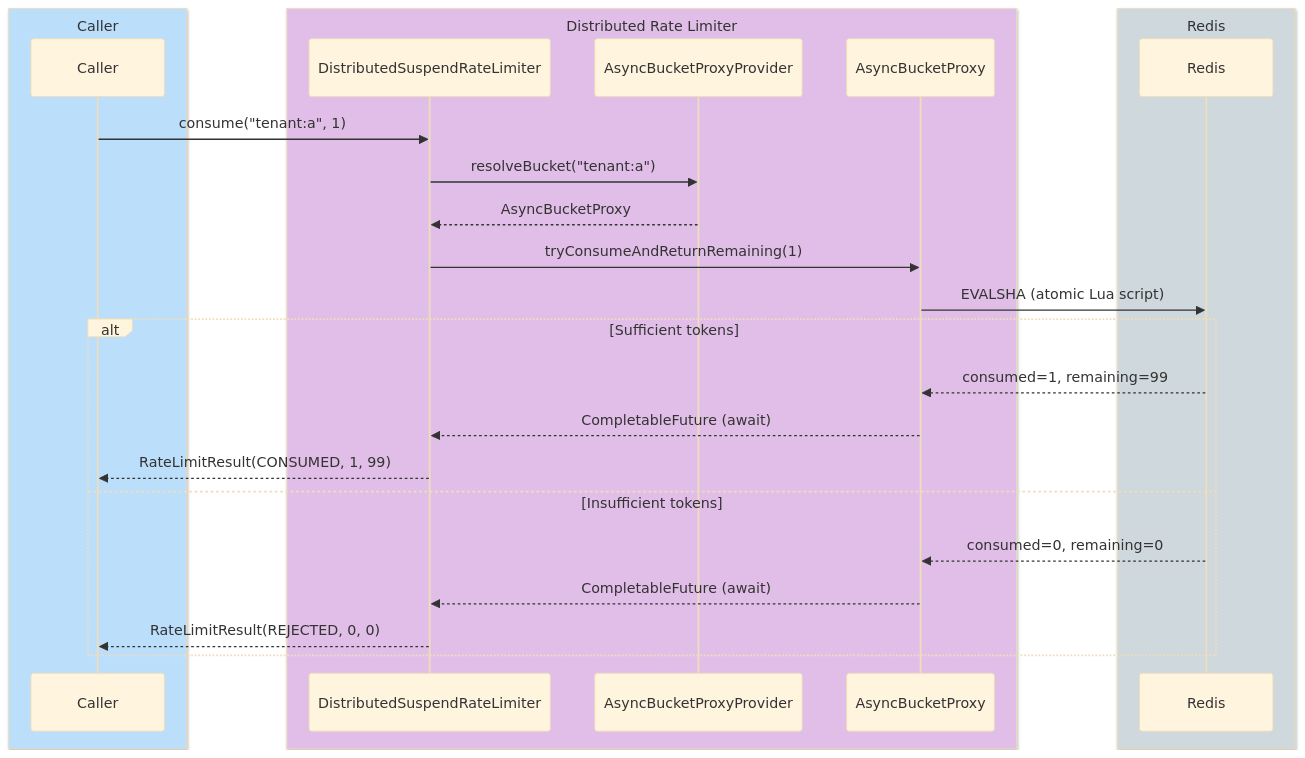
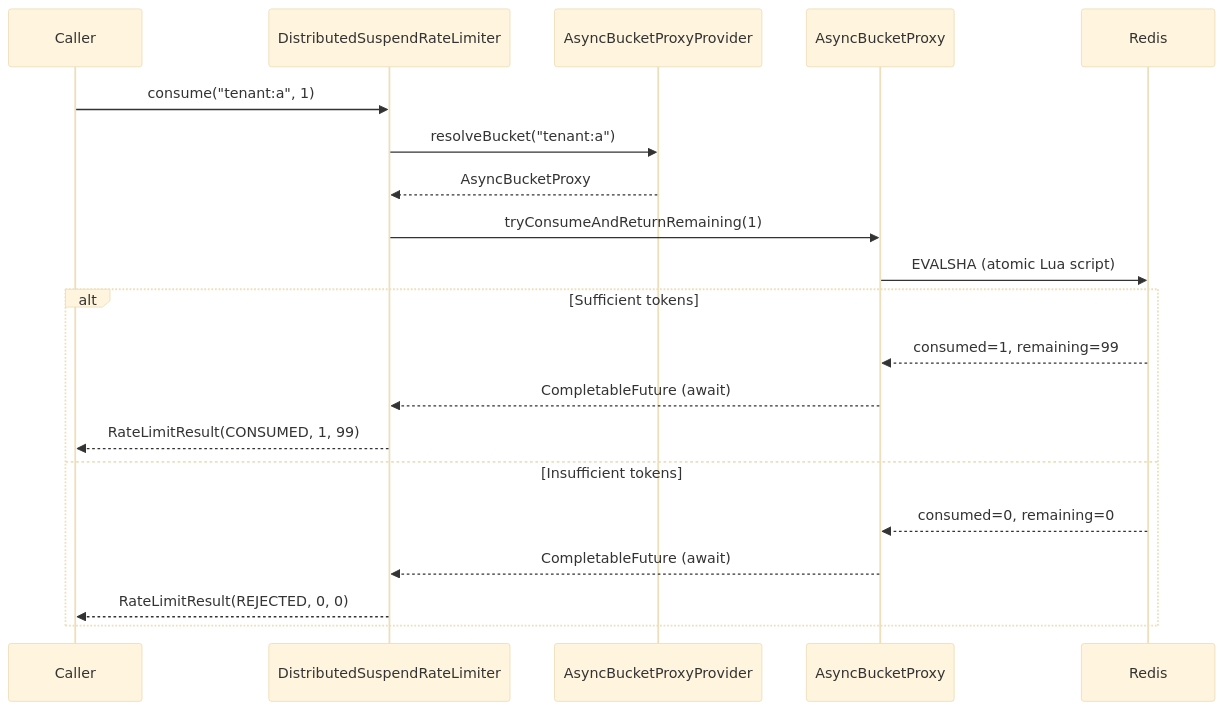
The third of 3 diagrams in infra/bucket4j/README.md (bluetape4k/bluetape4k-projects), drawn with Mermaid (base theme) before and after one commit. The commit also changed other lines of this file and 219 other files, not shown here.

First line of the commit message:
docs: 전체 README Mermaid 다이어그램 가이드 적용

````diff
--- a/infra/bucket4j/README.md
+++ b/infra/bucket4j/README.md
@@ -178,29 +174,23 @@
 ```mermaid
 sequenceDiagram
-    box rgb(187,222,251) Caller
     participant Caller
-    end
-    box rgb(225,190,231) Distributed Rate Limiter
     participant DistributedSuspendRateLimiter
     participant AsyncBucketProxyProvider
     participant AsyncBucketProxy
-    end
-    box rgb(207,216,220) Redis
     participant Redis
-    end
     Caller ->> DistributedSuspendRateLimiter: consume("tenant:a", 1)
     DistributedSuspendRateLimiter ->> AsyncBucketProxyProvider: resolveBucket("tenant:a")
     AsyncBucketProxyProvider -->> DistributedSuspendRateLimiter: AsyncBucketProxy
     DistributedSuspendRateLimiter ->> AsyncBucketProxy: tryConsumeAndReturnRemaining(1)
     AsyncBucketProxy ->> Redis: EVALSHA (atomic Lua script)
 
     alt Sufficient tokens
         Redis -->> AsyncBucketProxy: consumed=1, remaining=99
         AsyncBucketProxy -->> DistributedSuspendRateLimiter: CompletableFuture (await)
         DistributedSuspendRateLimiter -->> Caller: RateLimitResult(CONSUMED, 1, 99)
     else Insufficient tokens
         Redis -->> AsyncBucketProxy: consumed=0, remaining=0
         AsyncBucketProxy -->> DistributedSuspendRateLimiter: CompletableFuture (await)
         DistributedSuspendRateLimiter -->> Caller: RateLimitResult(REJECTED, 0, 0)
     end
 ```
````
